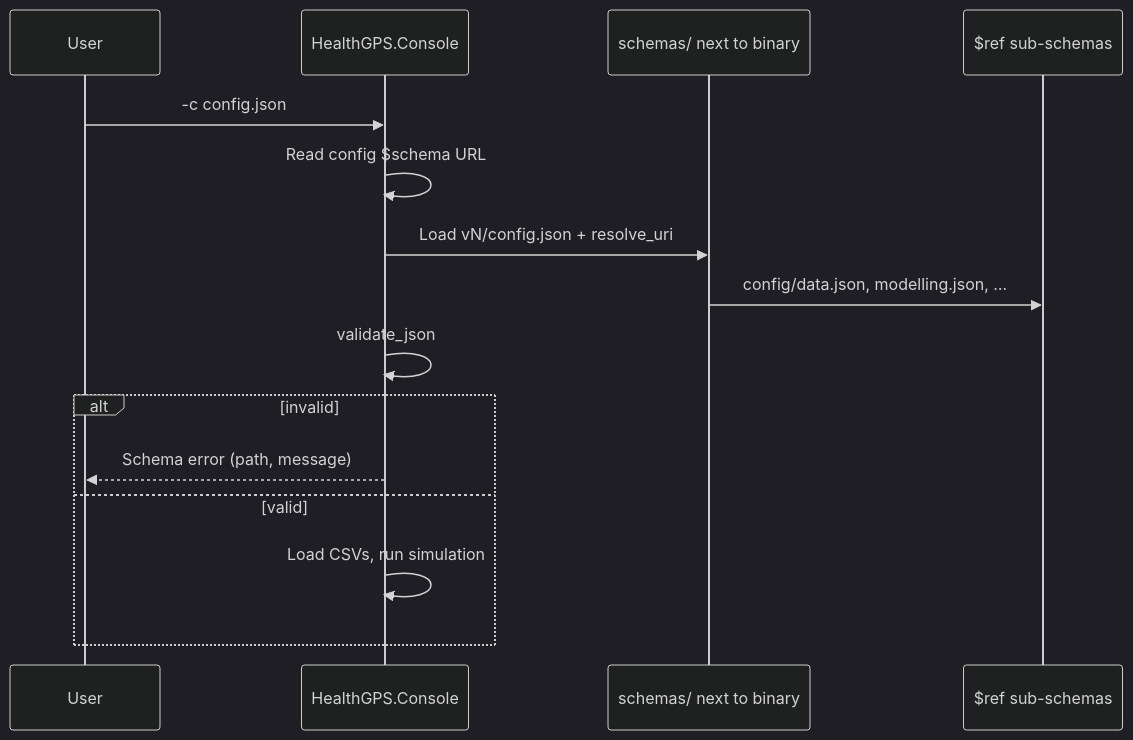
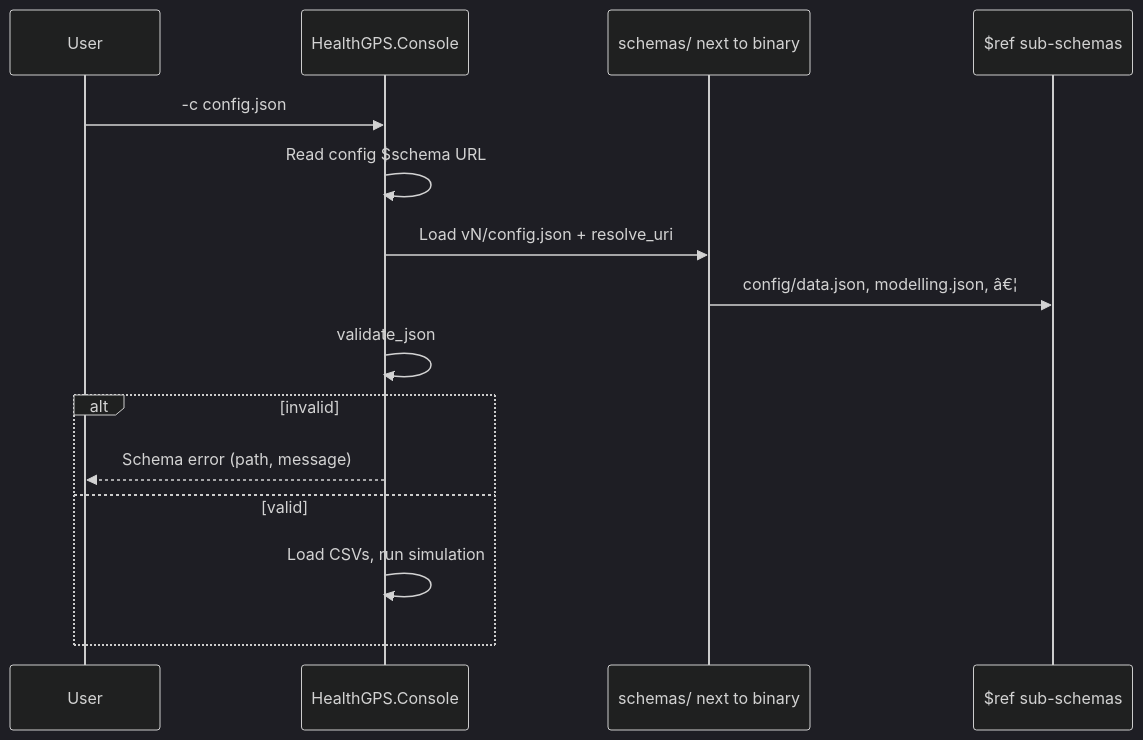
Before and after one commit to imperialCHEPI/healthgps: the third of 3 diagrams in documentation/user/schemas.md, drawn with Mermaid (dark theme). The commit also changed other lines of this file and 34 other files, not shown here.

````diff
--- a/documentation/user/schemas.md
+++ b/documentation/user/schemas.md
@@ -101,18 +101,18 @@
 ```mermaid
 sequenceDiagram
     participant User
     participant Console as HealthGPS.Console
     participant Local as schemas/ next to binary
     participant Ref as $ref sub-schemas
 
     User->>Console: -c config.json
     Console->>Console: Read config $schema URL
     Console->>Local: Load vN/config.json + resolve_uri
-    Local->>Ref: config/data.json, modelling.json, …
+    Local->>Ref: config/data.json, modelling.json, â€¦
     Console->>Console: validate_json
     alt invalid
         Console-->>User: Schema error (path, message)
     else valid
         Console->>Console: Load CSVs, run simulation
     end
 ```
````
